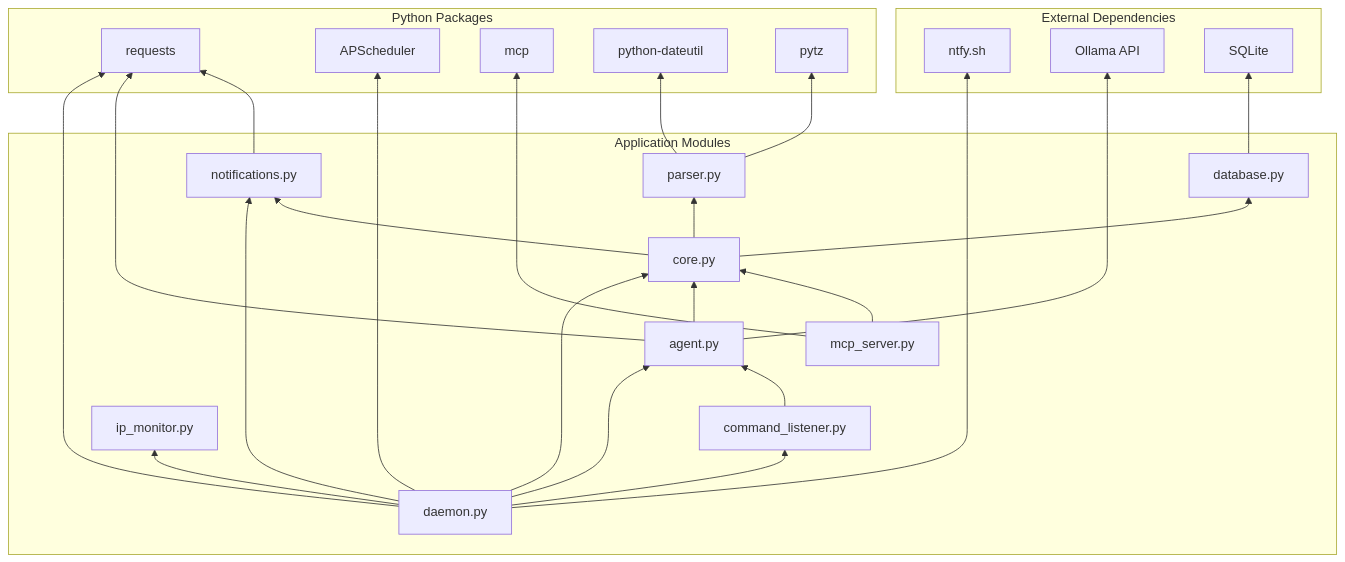
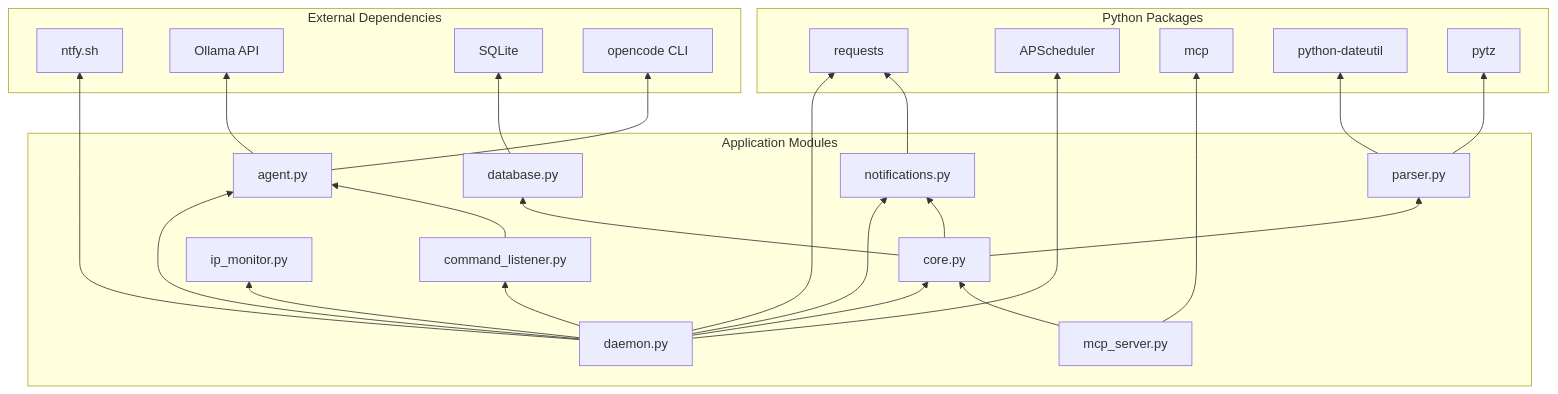
Before and after one commit to ngrabbs/schedule_manager: the sixth of 6 diagrams in docs/architecture.md, drawn with Mermaid. The commit also changed other lines of this file and 5 other files, not shown here.

````diff
--- a/docs/architecture.md
+++ b/docs/architecture.md
@@ -221,55 +257,55 @@
 ```mermaid
 flowchart BT
     subgraph External["External Dependencies"]
         ntfysh["ntfy.sh"]
         ollama["Ollama API"]
         sqlite["SQLite"]
+        opencode["opencode CLI"]
     end
 
     subgraph Python["Python Packages"]
         requests["requests"]
         apscheduler["APScheduler"]
         mcp_pkg["mcp"]
         dateutil["python-dateutil"]
         pytz["pytz"]
     end
 
     subgraph App["Application Modules"]
         daemon["daemon.py"]
         agent["agent.py"]
         core["core.py"]
         mcp_server["mcp_server.py"]
         parser["parser.py"]
         database["database.py"]
         notifications["notifications.py"]
         command_listener["command_listener.py"]
         ip_monitor["ip_monitor.py"]
     end
 
     %% External connections
     daemon --> ntfysh
+    agent --> opencode
     agent --> ollama
     database --> sqlite
 
     %% Package dependencies
     daemon --> apscheduler
     daemon --> requests
-    agent --> requests
     mcp_server --> mcp_pkg
     parser --> dateutil
     parser --> pytz
     notifications --> requests
 
     %% Internal dependencies
     daemon --> agent
     daemon --> core
     daemon --> command_listener
     daemon --> ip_monitor
     daemon --> notifications
-    agent --> core
     mcp_server --> core
     core --> parser
     core --> database
     core --> notifications
     command_listener --> agent
 ```
````
